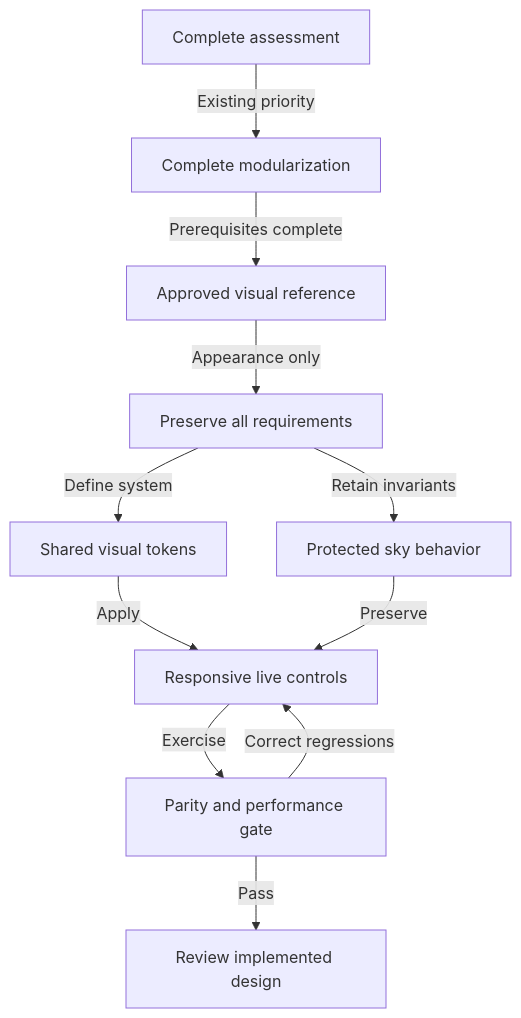
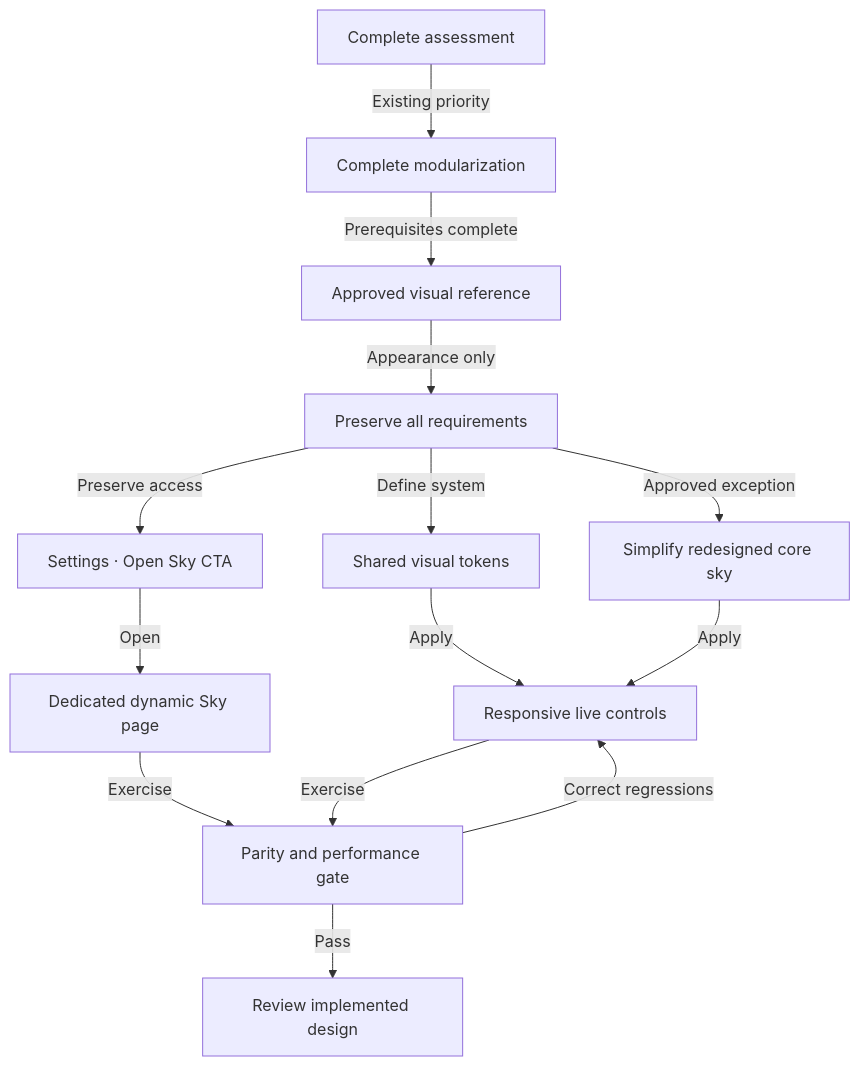
The fifth of 33 diagrams in docs/app-map/FLOW-REFERENCE.md (missionode/lite), drawn with Mermaid before and after one commit. The commit also changed other lines of this file and 14 other files, not shown here.

````diff
--- a/docs/app-map/FLOW-REFERENCE.md
+++ b/docs/app-map/FLOW-REFERENCE.md
@@ -265,22 +265,27 @@
 ```mermaid
 flowchart TD
   assessment["Complete assessment"]
   modules["Complete modularization"]
   reference["Approved visual reference"]
   contract["Preserve all requirements"]
   tokens["Shared visual tokens"]
-  sky["Protected sky behavior"]
+  sky["Simplify redesigned core sky"]
+  skyCta["Settings · Open Sky CTA"]
+  skyPage["Dedicated dynamic Sky page"]
   surfaces["Responsive live controls"]
   verify["Parity and performance gate"]
   review["Review implemented design"]
   assessment -->|"Existing priority"| modules
   modules -->|"Prerequisites complete"| reference
   reference -->|"Appearance only"| contract
   contract -->|"Define system"| tokens
-  contract -->|"Retain invariants"| sky
+  contract -->|"Approved exception"| sky
+  contract -->|"Preserve access"| skyCta
   tokens -->|"Apply"| surfaces
-  sky -->|"Preserve"| surfaces
+  sky -->|"Apply"| surfaces
+  skyCta -->|"Open"| skyPage
+  skyPage -->|"Exercise"| verify
   surfaces -->|"Exercise"| verify
   verify -->|"Correct regressions"| surfaces
   verify -->|"Pass"| review
 ```
````
